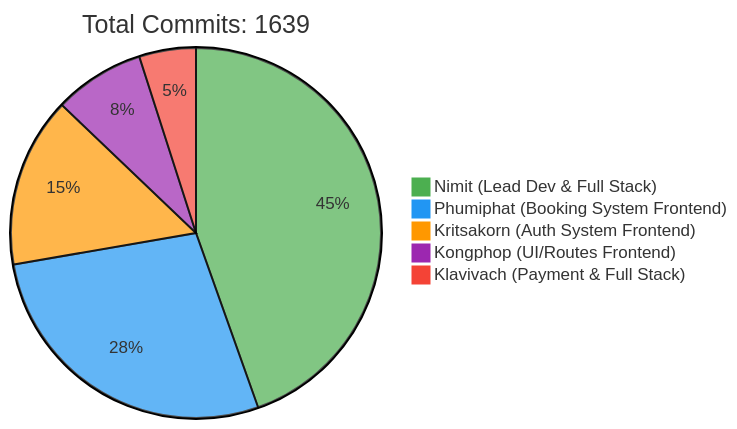
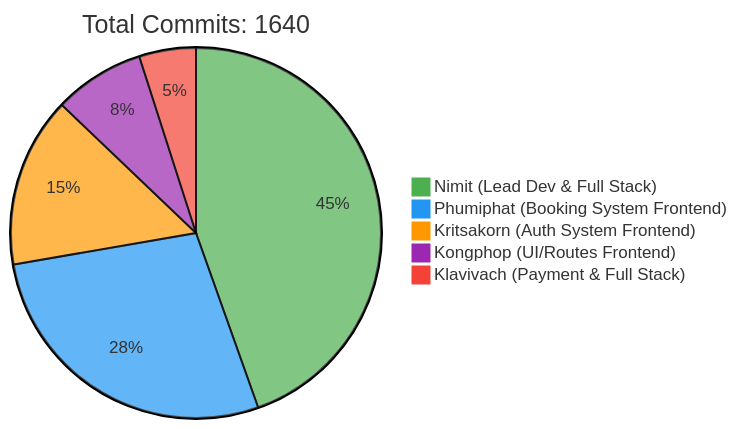
One commit to 6531503042/Sport-Complex changed the first of 2 diagrams in README.md. Above: the diagram before and after it, drawn with Mermaid. The commit also changed other lines of this file, not shown here.

Commit message:
docs: Update contributor statistics [skip ci]

````diff
--- a/README.md
+++ b/README.md
@@ -257,10 +257,10 @@
 ```mermaid
 %%{init: {'theme': 'base', 'themeVariables': { 'pie1': '#4CAF50', 'pie2': '#2196F3', 'pie3': '#FF9800', 'pie4': '#9C27B0', 'pie5': '#F44336'}}}%%
 pie
-    title Total Commits: 1639
+    title Total Commits: 1640
     "Nimit (Lead Dev & Full Stack)" : 450
     "Phumiphat (Booking System Frontend)" : 280
     "Kritsakorn (Auth System Frontend)" : 150
     "Kongphop (UI/Routes Frontend)" : 80
     "Klavivach (Payment & Full Stack)" : 50
 ```
````
